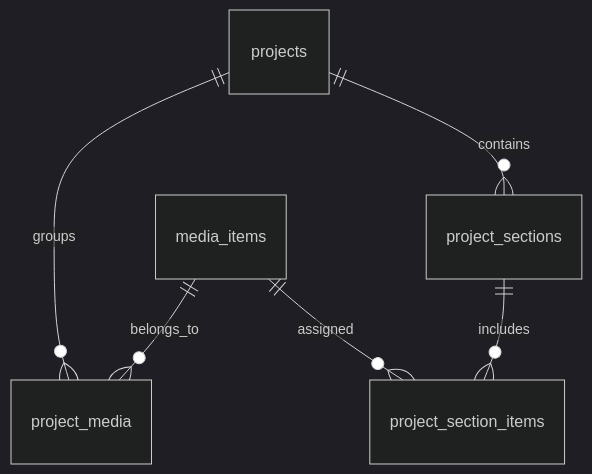
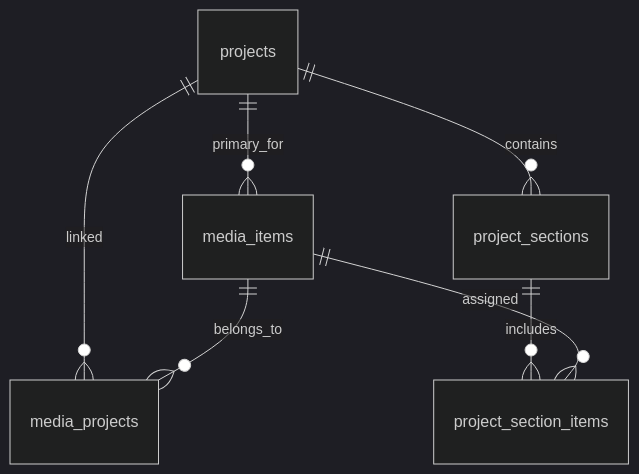
One commit to matkleve/feldpost changed the second of 3 diagrams in docs/element-specs/project-mixed-media-pre-spec.md. Above: the diagram before and after it, drawn with Mermaid (dark theme). The commit also changed other lines of this file and 20 other files, not shown here.

First line of the commit message:
feat: Implement mixed media support in projects

````diff
--- a/docs/element-specs/project-mixed-media-pre-spec.md
+++ b/docs/element-specs/project-mixed-media-pre-spec.md
@@ -91,8 +100,9 @@
 ```mermaid
 erDiagram
-  media_items ||--o{ project_media : belongs_to
-  projects ||--o{ project_media : groups
+  projects ||--o{ media_items : primary_for
+  projects ||--o{ media_projects : linked
+  media_items ||--o{ media_projects : belongs_to
   projects ||--o{ project_sections : contains
   project_sections ||--o{ project_section_items : includes
   media_items ||--o{ project_section_items : assigned
 ```
````
